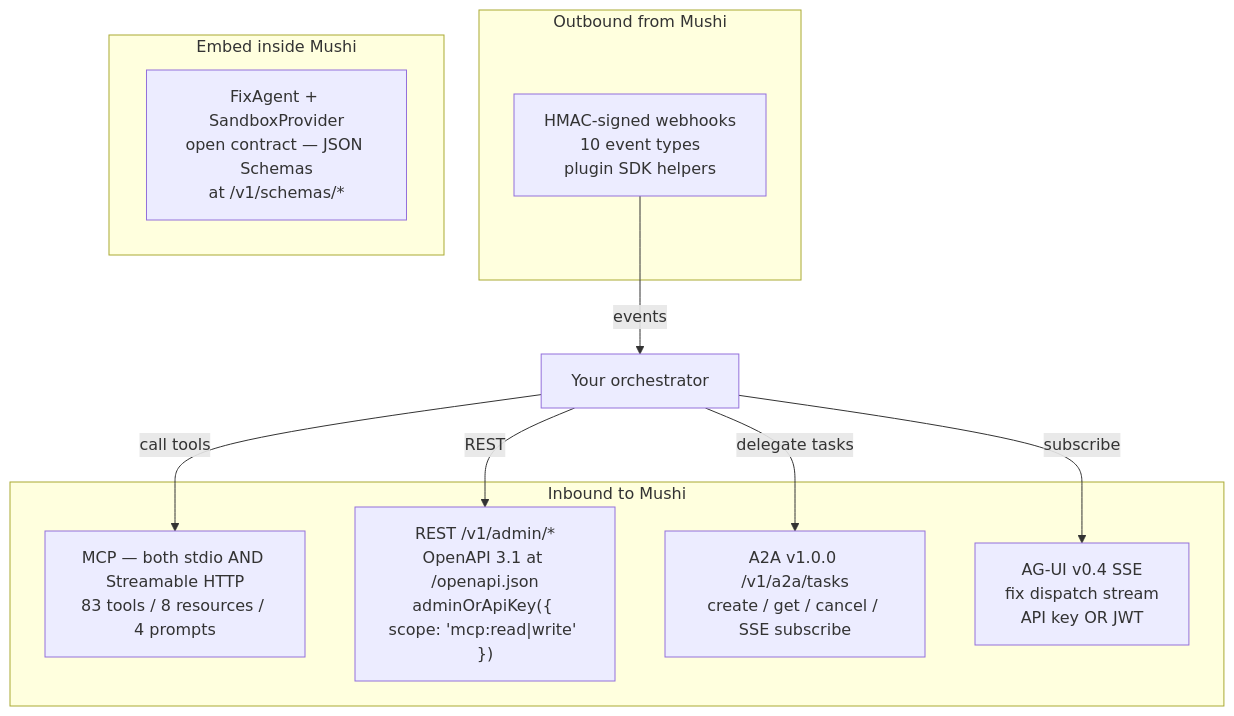
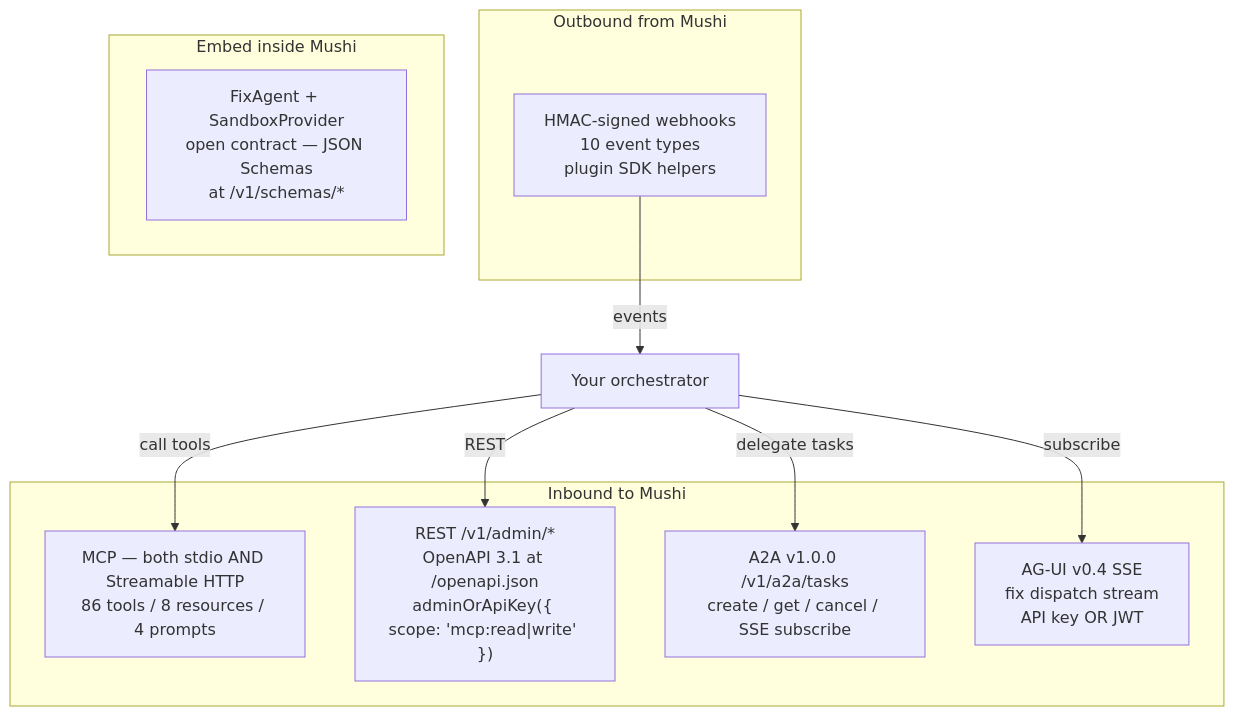
One commit to kensaurus/mushi-mushi changed the diagram in apps/docs/public/llm-md/concepts/orchestrator-interop.md. Above: the diagram before and after it, drawn with Mermaid. The commit also changed other lines of this file and 83 other files, not shown here.

````diff
--- a/apps/docs/public/llm-md/concepts/orchestrator-interop.md
+++ b/apps/docs/public/llm-md/concepts/orchestrator-interop.md
@@ -34,20 +34,20 @@
 ```mermaid
 flowchart TB
   subgraph Inbound["Inbound to Mushi"]
-    MCP["MCP — both stdio AND Streamable HTTP<br/>83 tools / 8 resources / 4 prompts"]
+    MCP["MCP — both stdio AND Streamable HTTP<br/>86 tools / 8 resources / 4 prompts"]
     REST["REST /v1/admin/*<br/>OpenAPI 3.1 at /openapi.json<br/>adminOrApiKey({ scope: 'mcp:read|write' })"]
     A2A["A2A v1.0.0 /v1/a2a/tasks<br/>create / get / cancel / SSE subscribe"]
     AGUI["AG-UI v0.4 SSE<br/>fix dispatch stream<br/>API key OR JWT"]
   end
   subgraph Outbound["Outbound from Mushi"]
     Hooks["HMAC-signed webhooks<br/>10 event types<br/>plugin SDK helpers"]
   end
   subgraph Native["Embed inside Mushi"]
     FA["FixAgent + SandboxProvider<br/>open contract — JSON Schemas<br/>at /v1/schemas/*"]
   end
   Orch["Your orchestrator"] -->|"call tools"| MCP
   Orch -->|"REST"| REST
   Orch -->|"delegate tasks"| A2A
   Orch -->|"subscribe"| AGUI
   Hooks -->|"events"| Orch
 ```
````
